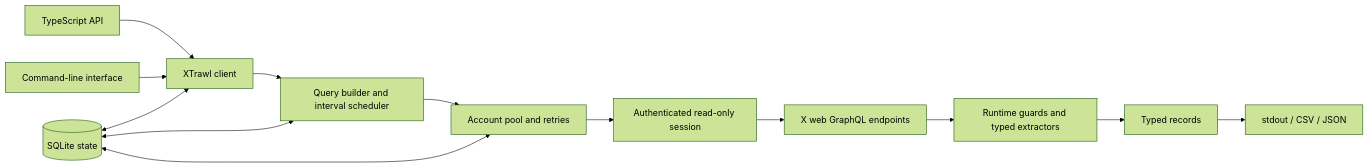
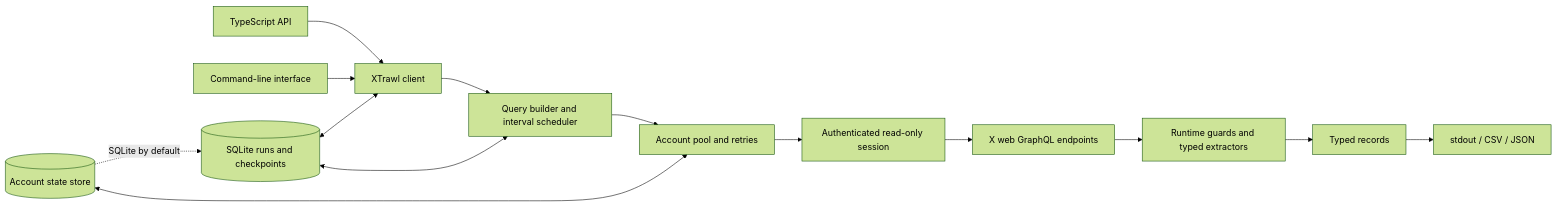
The diagram in README.md (ensp1re/xtrawl), drawn with Mermaid (forest theme) before and after one commit. The commit also changed other lines of this file and 23 other files, not shown here.

````diff
--- a/README.md
+++ b/README.md
@@ -155,16 +155,17 @@
 ```mermaid
 flowchart LR
     API["TypeScript API"] --> Client["XTrawl client"]
     CLI["Command-line interface"] --> Client
     Client --> Query["Query builder and interval scheduler"]
     Query --> Pool["Account pool and retries"]
     Pool --> Session["Authenticated read-only session"]
     Session --> X["X web GraphQL endpoints"]
     X --> Parse["Runtime guards and typed extractors"]
     Parse --> Result["Typed records"]
     Result --> Output["stdout / CSV / JSON"]
 
-    State[("SQLite state")] <--> Client
-    State <--> Pool
-    State <--> Query
+    Accounts[("Account state store")] <--> Pool
+    SQLite[("SQLite runs and checkpoints")] <--> Client
+    SQLite <--> Query
+    Accounts -.->|SQLite by default| SQLite
 ```
````
